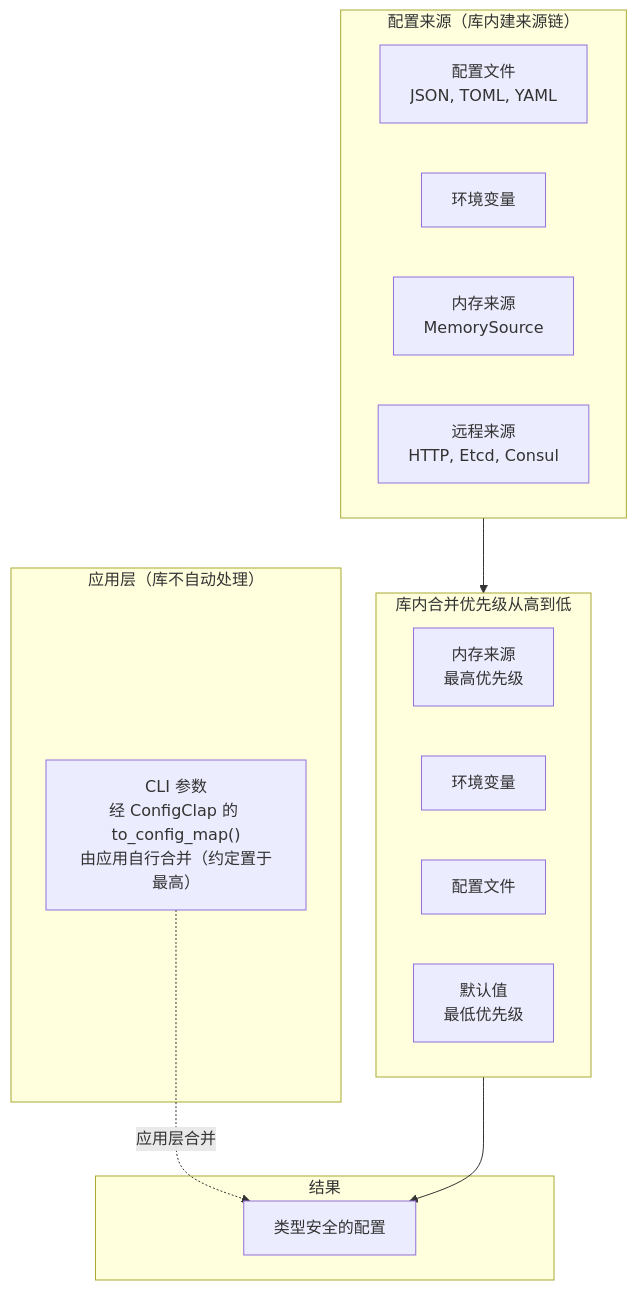
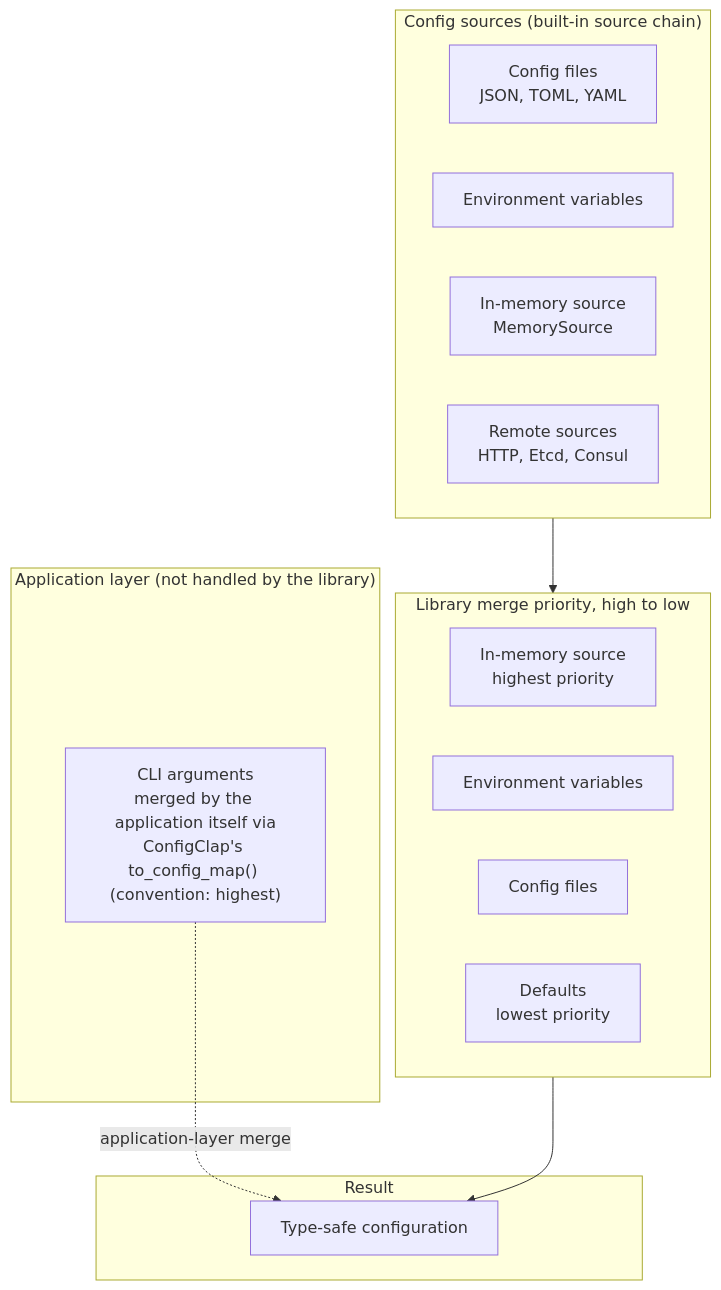
One commit to Kirky-X/confers changed the diagram in docs/en/USER_GUIDE.md. Above: the diagram before and after it, drawn with Mermaid. The commit also changed other lines of this file and 16 other files, not shown here.

````diff
--- a/docs/en/USER_GUIDE.md
+++ b/docs/en/USER_GUIDE.md
@@ -158,28 +158,28 @@
 ```mermaid
 graph TB
-    subgraph Sources ["配置来源（库内建来源链）"]
-        A["配置文件<br/>JSON, TOML, YAML"]
-        B["环境变量"]
-        M["内存来源<br/>MemorySource"]
-        D["远程来源<br/>HTTP, Etcd, Consul"]
+    subgraph Sources ["Config sources (built-in source chain)"]
+        A["Config files<br/>JSON, TOML, YAML"]
+        B["Environment variables"]
+        M["In-memory source<br/>MemorySource"]
+        D["Remote sources<br/>HTTP, Etcd, Consul"]
     end
 
-    subgraph Priority ["库内合并优先级从高到低"]
-        P1["内存来源<br/>最高优先级"]
-        P2["环境变量"]
-        P3["配置文件"]
-        P4["默认值<br/>最低优先级"]
+    subgraph Priority ["Library merge priority, high to low"]
+        P1["In-memory source<br/>highest priority"]
+        P2["Environment variables"]
+        P3["Config files"]
+        P4["Defaults<br/>lowest priority"]
     end
 
-    subgraph AppLayer ["应用层（库不自动处理）"]
-        C["CLI 参数<br/>经 ConfigClap 的 to_config_map()<br/>由应用自行合并（约定置于最高）"]
+    subgraph AppLayer ["Application layer (not handled by the library)"]
+        C["CLI arguments<br/>merged by the application itself via<br/>ConfigClap's to_config_map() (convention: highest)"]
     end
 
-    subgraph Result ["结果"]
-        R["类型安全的配置"]
+    subgraph Result ["Result"]
+        R["Type-safe configuration"]
     end
 
     Sources --> Priority
     Priority --> R
-    C -.->|"应用层合并"| R
+    C -.->|"application-layer merge"| R
 ```
````
